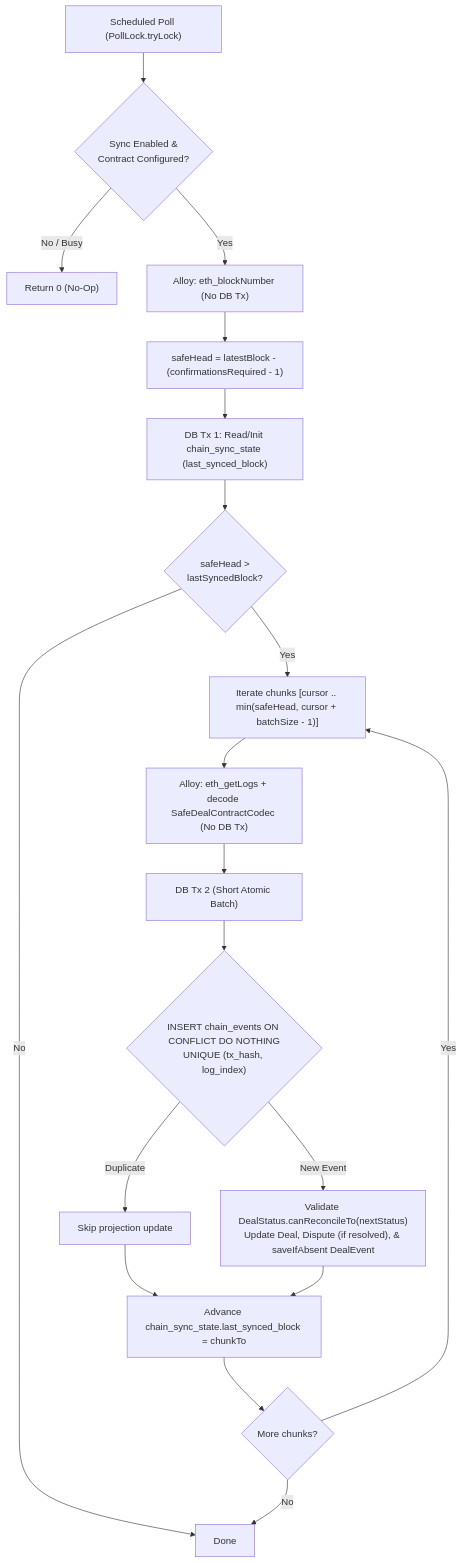
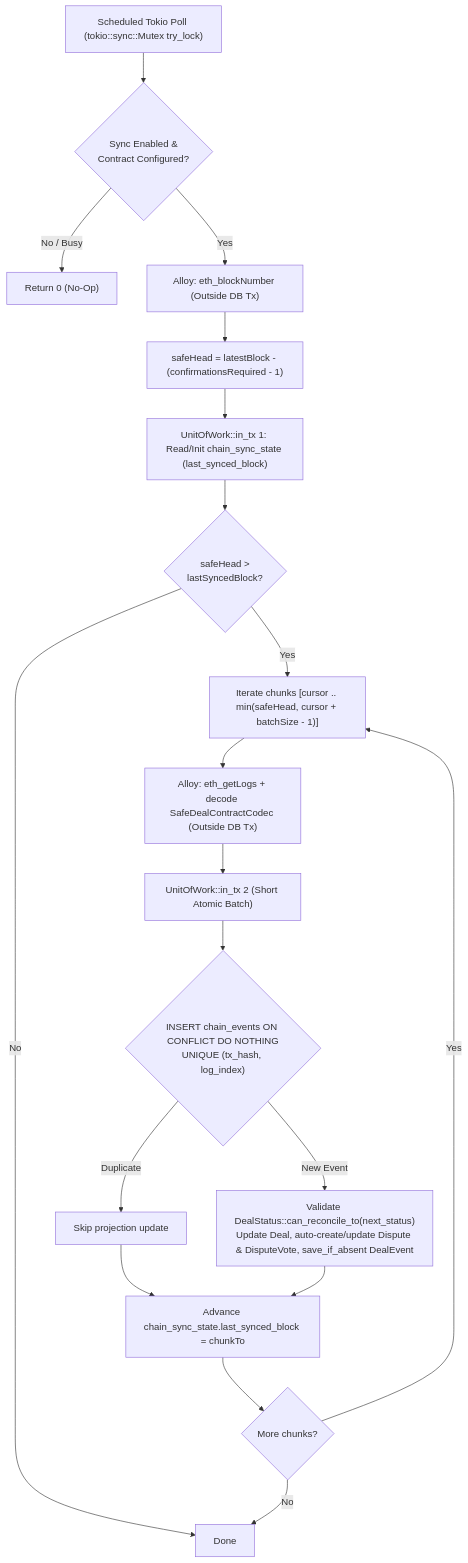
Before and after one commit to hienpham0344/SafeDeal: the second of 2 diagrams in docs/02-architecture.md, drawn with Mermaid. The commit also changed other lines of this file and 17 other files, not shown here.

Commit message:
docs(seapp): align docs with rust/2-of-3 architecture and add seapp uit kit

````diff
--- a/docs/02-architecture.md
+++ b/docs/02-architecture.md
@@ -48,21 +52,21 @@
 ```mermaid
 flowchart TD
-    T["Scheduled Poll (PollLock.tryLock)"] --> E{"Sync Enabled &<br/>Contract Configured?"}
+    T["Scheduled Tokio Poll (tokio::sync::Mutex try_lock)"] --> E{"Sync Enabled &<br/>Contract Configured?"}
     E -- "No / Busy" --> SKIP["Return 0 (No-Op)"]
-    E -- "Yes" --> RPC_HEAD["Alloy: eth_blockNumber (No DB Tx)"]
+    E -- "Yes" --> RPC_HEAD["Alloy: eth_blockNumber (Outside DB Tx)"]
     RPC_HEAD --> LAG["safeHead = latestBlock - (confirmationsRequired - 1)"]
-    LAG --> CUR["DB Tx 1: Read/Init chain_sync_state (last_synced_block)"]
+    LAG --> CUR["UnitOfWork::in_tx 1: Read/Init chain_sync_state (last_synced_block)"]
     CUR --> CMP{"safeHead ><br/>lastSyncedBlock?"}
     CMP -- "No" --> DONE["Done"]
     CMP -- "Yes" --> BATCH["Iterate chunks [cursor .. min(safeHead, cursor + batchSize - 1)]"]
-    BATCH --> LOGS["Alloy: eth_getLogs + decode SafeDealContractCodec (No DB Tx)"]
-    LOGS --> DB_TX2["DB Tx 2 (Short Atomic Batch)"]
+    BATCH --> LOGS["Alloy: eth_getLogs + decode SafeDealContractCodec (Outside DB Tx)"]
+    LOGS --> DB_TX2["UnitOfWork::in_tx 2 (Short Atomic Batch)"]
     DB_TX2 --> DEDUP{"INSERT chain_events ON CONFLICT DO NOTHING<br/>UNIQUE (tx_hash, log_index)"}
     DEDUP -- "Duplicate" --> NEXT_EV["Skip projection update"]
-    DEDUP -- "New Event" --> REC["Validate DealStatus.canReconcileTo(nextStatus)<br/>Update Deal, Dispute (if resolved), & saveIfAbsent DealEvent"]
+    DEDUP -- "New Event" --> REC["Validate DealStatus::can_reconcile_to(next_status)<br/>Update Deal, auto-create/update Dispute & DisputeVote, save_if_absent DealEvent"]
     NEXT_EV --> CURSOR_ADV
     REC --> CURSOR_ADV["Advance chain_sync_state.last_synced_block = chunkTo"]
     CURSOR_ADV --> MORE{"More chunks?"}
     MORE -- "Yes" --> BATCH
     MORE -- "No" --> DONE
 ```
````
